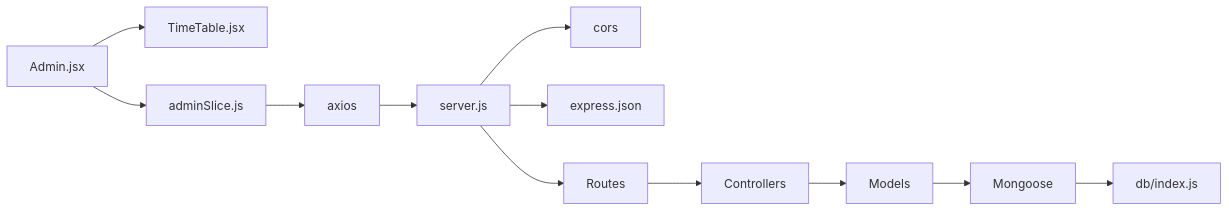
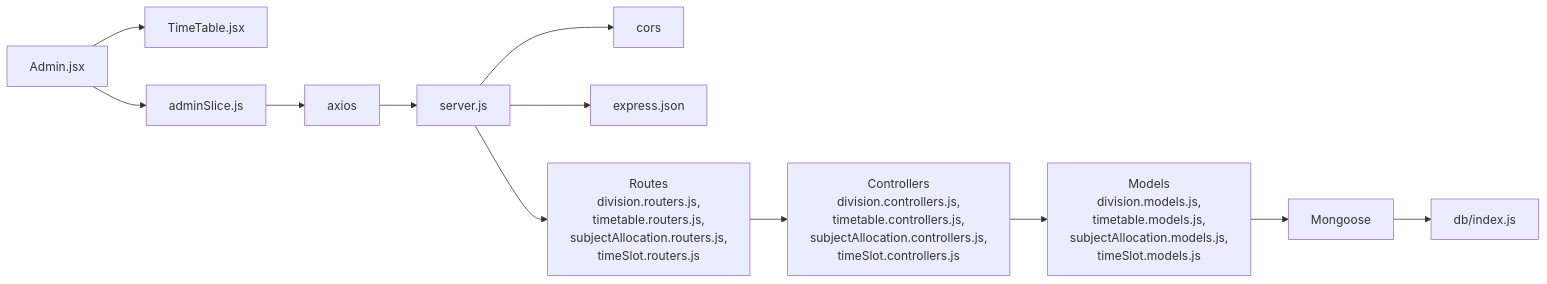
Before and after one commit to Aryan9060/Timetable-Project: the tenth of 10 diagrams in .qoder/repowiki/en/content/Timetable Generation System/Timetable Generation System.md, drawn with Mermaid. The commit also changed other lines of this file and 15 other files, not shown here.

````diff
--- a/.qoder/repowiki/en/content/Timetable Generation System/Timetable Generation System.md
+++ b/.qoder/repowiki/en/content/Timetable Generation System/Timetable Generation System.md
@@ -362,14 +559,14 @@
 ```mermaid
 graph LR
 SRV["server.js"] --> CORS["cors"]
 SRV --> JSON["express.json"]
-SRV --> ROUTES["Routes"]
-ROUTES --> CTRL["Controllers"]
-CTRL --> MODELS["Models"]
+SRV --> ROUTES["Routes<br/>division.routers.js,<br/>timetable.routers.js,<br/>subjectAllocation.routers.js,<br/>timeSlot.routers.js"]
+ROUTES --> CTRL["Controllers<br/>division.controllers.js,<br/>timetable.controllers.js,<br/>subjectAllocation.controllers.js,<br/>timeSlot.controllers.js"]
+CTRL --> MODELS["Models<br/>division.models.js,<br/>timetable.models.js,<br/>subjectAllocation.models.js,<br/>timeSlot.models.js"]
 MODELS --> MONGO["Mongoose"]
 MONGO --> DBIDX["db/index.js"]
 ADMIN["Admin.jsx"] --> TT["TimeTable.jsx"]
 ADMIN --> SLICE["adminSlice.js"]
 SLICE --> AX["axios"]
 AX --> SRV
 ```
````
